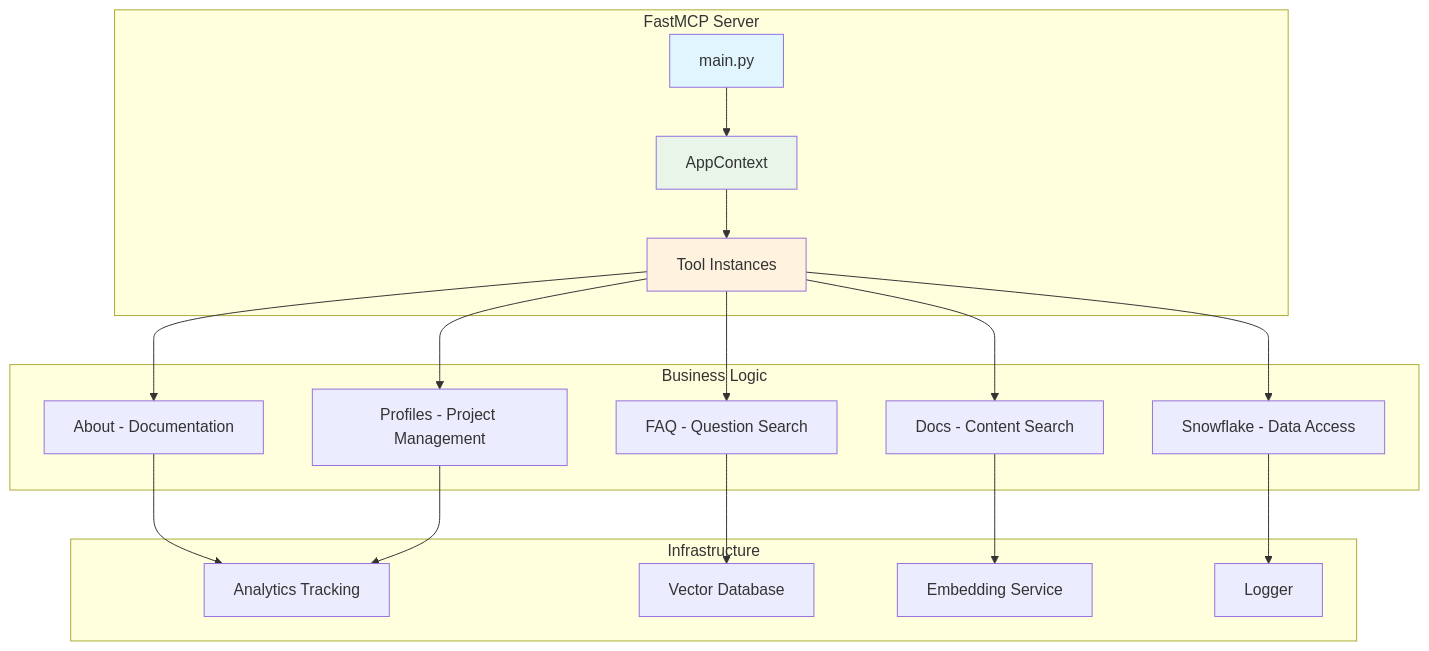
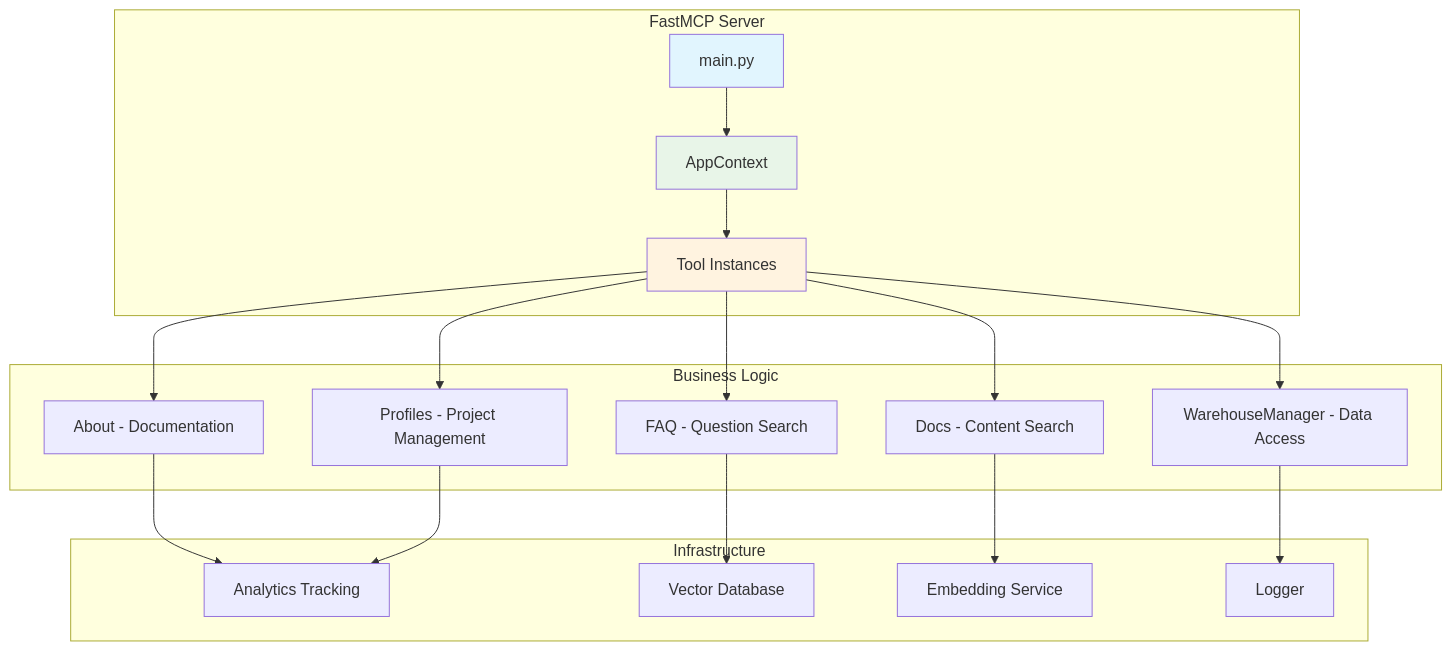
Before and after one commit to rudderlabs/profiles-mcp: the third of 8 diagrams in memory-bank/architecture_overview.md, drawn with Mermaid. The commit also changed other lines of this file and 9 other files, not shown here.

````diff
--- a/memory-bank/architecture_overview.md
+++ b/memory-bank/architecture_overview.md
@@ -110,38 +113,38 @@
 ```mermaid
 flowchart TB
     subgraph "FastMCP Server"
         A[main.py] --> B[AppContext]
         B --> C[Tool Instances]
     end
 
     subgraph "Business Logic"
         D[About - Documentation]
         E[FAQ - Question Search]
         F[Docs - Content Search]
-        G[Snowflake - Data Access]
+        G[WarehouseManager - Data Access]
         H[Profiles - Project Management]
     end
 
     subgraph "Infrastructure"
         I[Analytics Tracking]
         J[Vector Database]
         K[Embedding Service]
         L[Logger]
     end
 
     C --> D
     C --> E
     C --> F
     C --> G
     C --> H
 
     D --> I
     E --> J
     F --> K
     G --> L
     H --> I
 
     style A fill:#e1f5fe
     style B fill:#e8f5e8
     style C fill:#fff3e0
 ```
````
